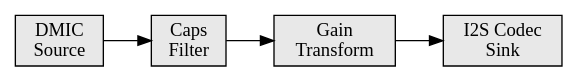
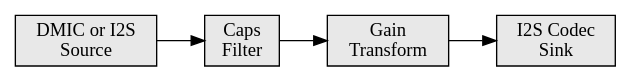
Before and after one commit to mohittalwar23/zephyr: the diagram in samples/subsys/mp/dmic_i2s/README.rst, drawn with Graphviz. The commit also changed other lines of this file and 8 other files, not shown here.

```diff
--- a/samples/subsys/mp/dmic_i2s/README.rst
+++ b/samples/subsys/mp/dmic_i2s/README.rst
@@ -14,11 +14,11 @@
 .. graphviz::
 
    digraph pipeline {
      rankdir=LR;
      node [shape=box, style=filled, fillcolor="#e8e8e8"];
-     dmic  [label="DMIC\nSource"];
+     dmic  [label="DMIC or I2S\nSource"];
      caps    [label="Caps\nFilter"];
      transform [label="Gain\nTransform"];
      i2s_codec [label="I2S Codec\nSink"];
      dmic -> caps -> transform -> i2s_codec;
    }
```
